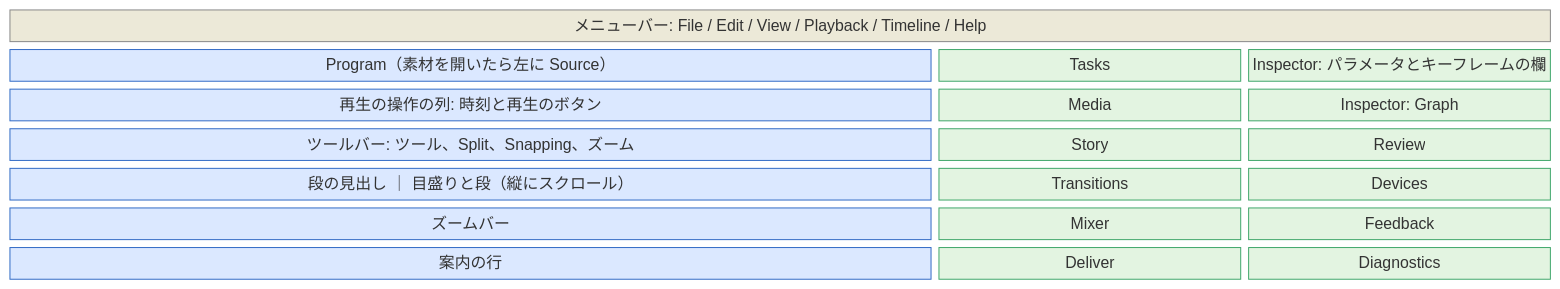
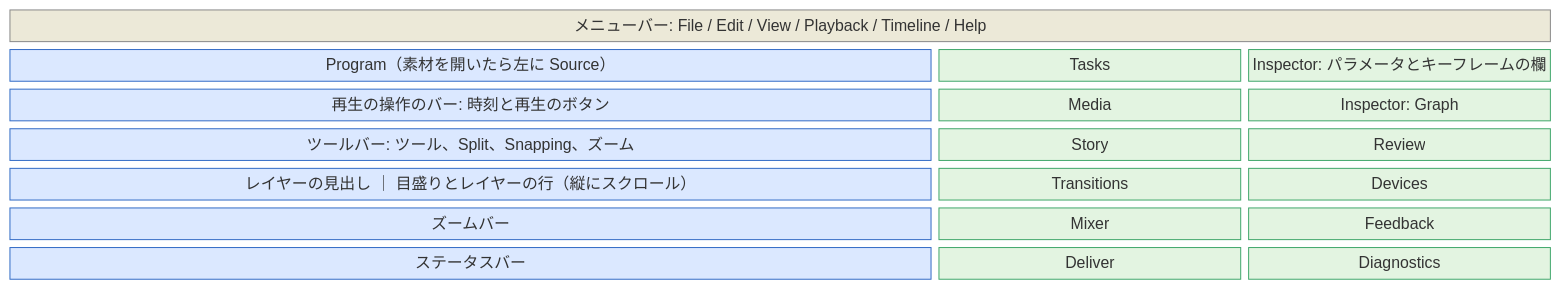
The first of 2 diagrams in movie-maker/docs/design/18-ui-clarity.md (durun-lab/claude-marketplace), drawn with Mermaid before and after one commit. The commit also changed other lines of this file and 4 other files, not shown here.

````diff
--- a/movie-maker/docs/design/18-ui-clarity.md
+++ b/movie-maker/docs/design/18-ui-clarity.md
@@ -66,17 +66,17 @@
 ```mermaid
 block-beta
   columns 5
   menu["メニューバー: File / Edit / View / Playback / Timeline / Help"]:5
   program["Program（素材を開いたら左に Source）"]:3 tasks["Tasks"] inspector["Inspector: パラメータとキーフレームの欄"]
-  transport["再生の操作の列: 時刻と再生のボタン"]:3 media["Media"] graph["Inspector: Graph"]
+  transport["再生の操作のバー: 時刻と再生のボタン"]:3 media["Media"] graph["Inspector: Graph"]
   toolbar["ツールバー: ツール、Split、Snapping、ズーム"]:3 story["Story"] review["Review"]
-  tl["段の見出し ｜ 目盛りと段（縦にスクロール）"]:3 transitions["Transitions"] devices["Devices"]
+  tl["レイヤーの見出し ｜ 目盛りとレイヤーの行（縦にスクロール）"]:3 transitions["Transitions"] devices["Devices"]
   zoombar["ズームバー"]:3 mixer["Mixer"] feedback["Feedback"]
-  hint["案内の行"]:3 deliver["Deliver"] diagnostics["Diagnostics"]
+  hint["ステータスバー"]:3 deliver["Deliver"] diagnostics["Diagnostics"]
   classDef surf fill:#dbe8ff,stroke:#316ac5
   classDef web fill:#e3f4e1,stroke:#3fa66a
   classDef bar fill:#ece9d8,stroke:#888
   class program,transport,toolbar,tl,zoombar,hint surf
   class tasks,inspector,media,graph,story,review,transitions,devices,mixer,feedback,deliver,diagnostics web
   class menu bar
 ```
````
